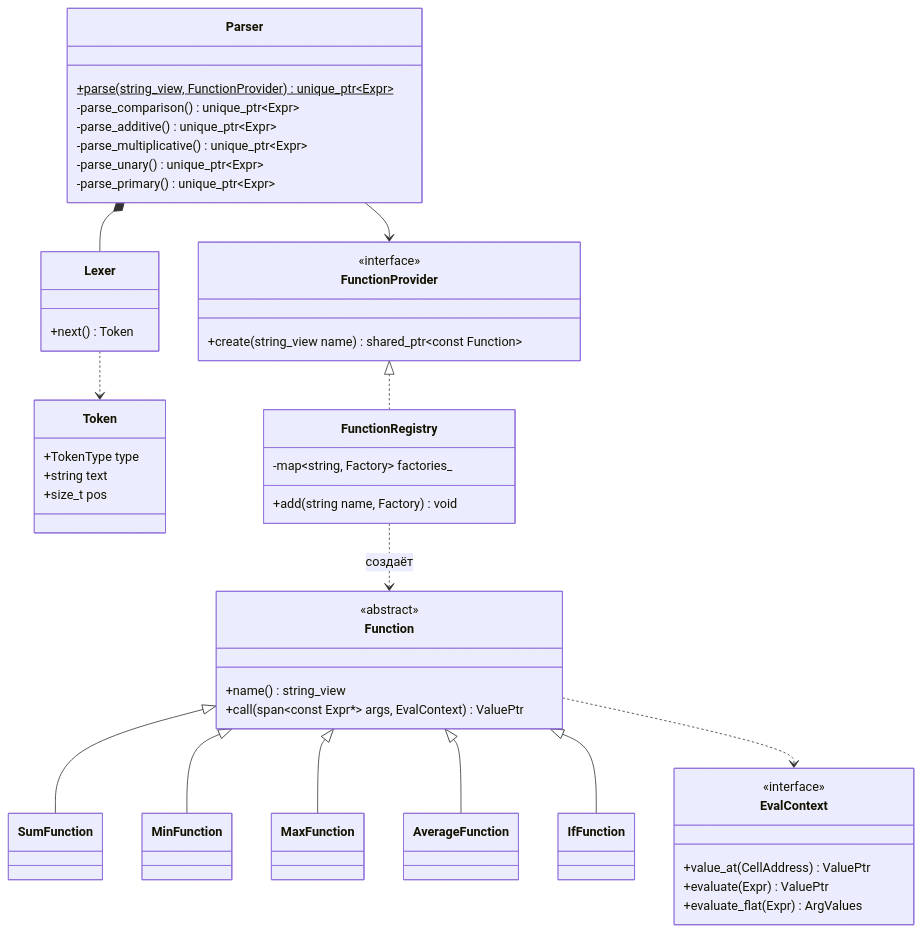
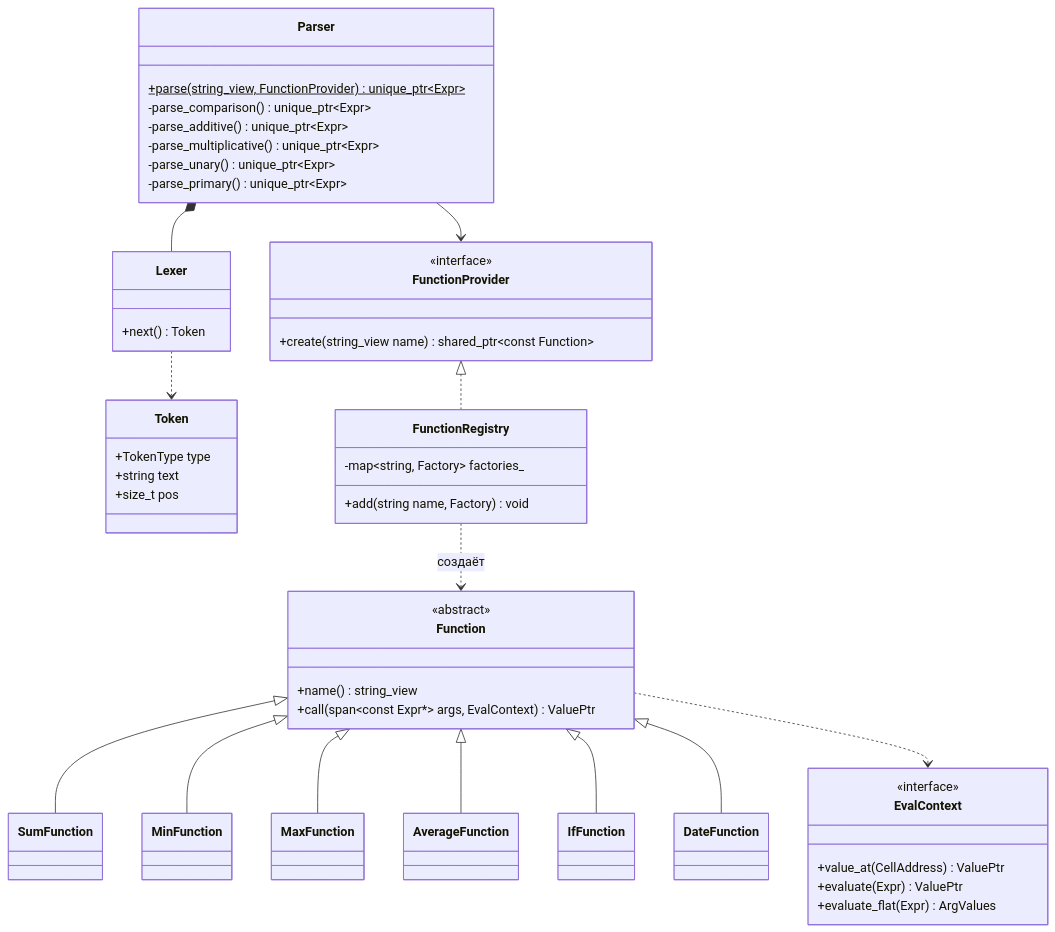
One commit to mtvxlqq/spreadsheet_software_nsu changed the third of 7 diagrams in DESIGN.md. Above: the diagram before and after it, drawn with Mermaid. The commit also changed other lines of this file and 4 other files, not shown here.

````diff
--- a/DESIGN.md
+++ b/DESIGN.md
@@ -176,57 +240,59 @@
 ```mermaid
 classDiagram
     class Token {
         +TokenType type
         +string text
         +size_t pos
     }
     class Lexer {
         +next() Token
     }
     class Parser {
         +parse(string_view, FunctionProvider) unique_ptr~Expr~$
         -parse_comparison() unique_ptr~Expr~
         -parse_additive() unique_ptr~Expr~
         -parse_multiplicative() unique_ptr~Expr~
         -parse_unary() unique_ptr~Expr~
         -parse_primary() unique_ptr~Expr~
     }
     Parser *-- Lexer
     Lexer ..> Token
     Parser --> FunctionProvider
 
     class Function {
         <<abstract>>
         +name() string_view
         +call(span~const Expr*~ args, EvalContext) ValuePtr
     }
     class SumFunction
     class MinFunction
     class MaxFunction
     class AverageFunction
     class IfFunction
+    class DateFunction
     Function <|-- SumFunction
     Function <|-- MinFunction
     Function <|-- MaxFunction
     Function <|-- AverageFunction
     Function <|-- IfFunction
+    Function <|-- DateFunction
 
     class FunctionProvider {
         <<interface>>
         +create(string_view name) shared_ptr~const Function~
     }
     class FunctionRegistry {
         -map~string, Factory~ factories_
         +add(string name, Factory) void
     }
     FunctionProvider <|.. FunctionRegistry
     FunctionRegistry ..> Function : создаёт
 
     class EvalContext {
         <<interface>>
         +value_at(CellAddress) ValuePtr
         +evaluate(Expr) ValuePtr
         +evaluate_flat(Expr) ArgValues
     }
     Function ..> EvalContext
 ```
````
